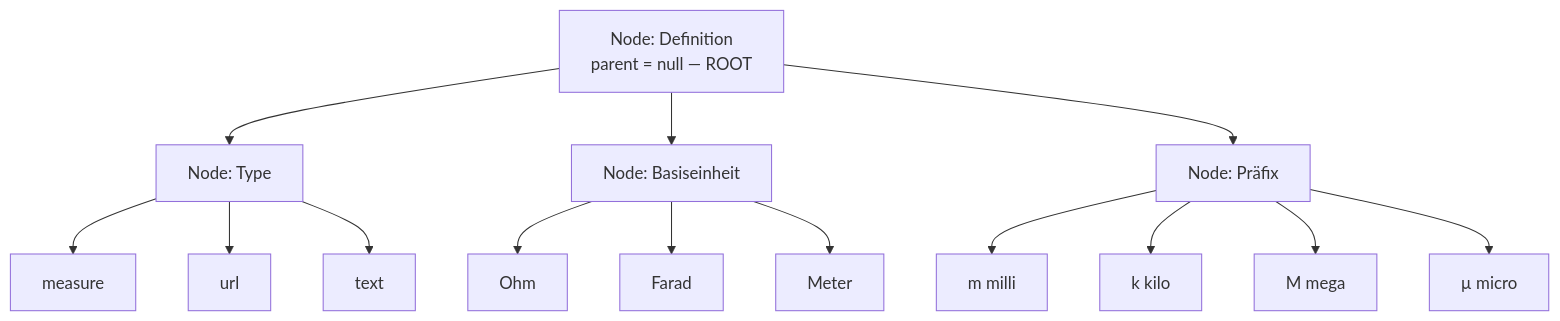
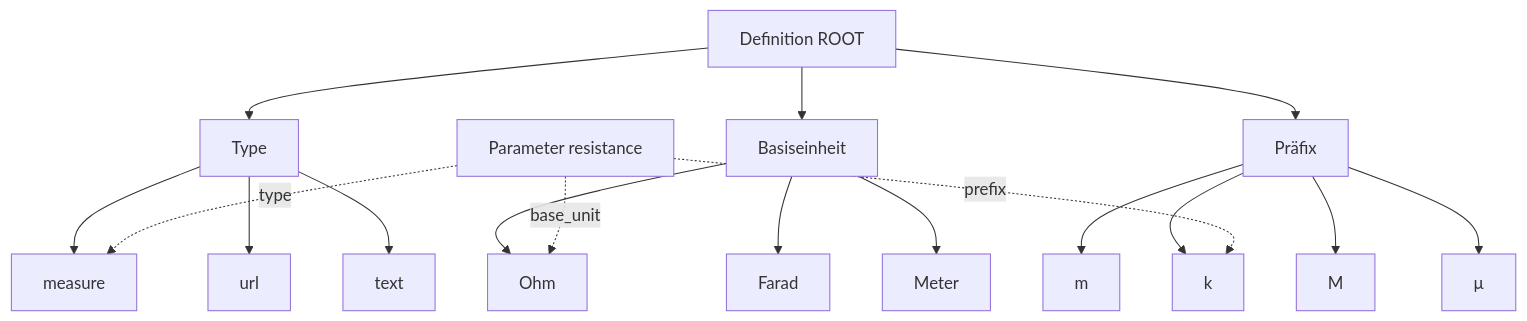
Before and after one commit to sfambach/wp-taxonomy-modeler: the fourth of 5 diagrams in docs/plans/data-structure.md, drawn with Mermaid. The commit also changed other lines of this file and 1 other file, not shown here.

First line of the commit message:
Model Parameter from Type, prefix, and base unit

````diff
--- a/docs/plans/data-structure.md
+++ b/docs/plans/data-structure.md
@@ -383,21 +382,26 @@
 ```mermaid
 flowchart TB
-  D["Node: Definition<br/>parent = null — ROOT"]
+  D["Definition ROOT"]
 
-  D --> T["Node: Type"]
-  D --> B["Node: Basiseinheit"]
-  D --> P["Node: Präfix"]
+  D --> T["Type"]
+  D --> B["Basiseinheit"]
+  D --> P["Präfix"]
 
   T --> T1["measure"]
   T --> T2["url"]
   T --> T3["text"]
 
   B --> B1["Ohm"]
   B --> B2["Farad"]
   B --> B3["Meter"]
 
-  P --> P1["m milli"]
-  P --> P2["k kilo"]
-  P --> P3["M mega"]
-  P --> P4["µ micro"]
+  P --> P1["m"]
+  P --> P2["k"]
+  P --> P3["M"]
+  P --> P4["µ"]
+
+  Param["Parameter resistance"]
+  Param -.->|type| T1
+  Param -.->|prefix| P2
+  Param -.->|base_unit| B1
 ```
````
